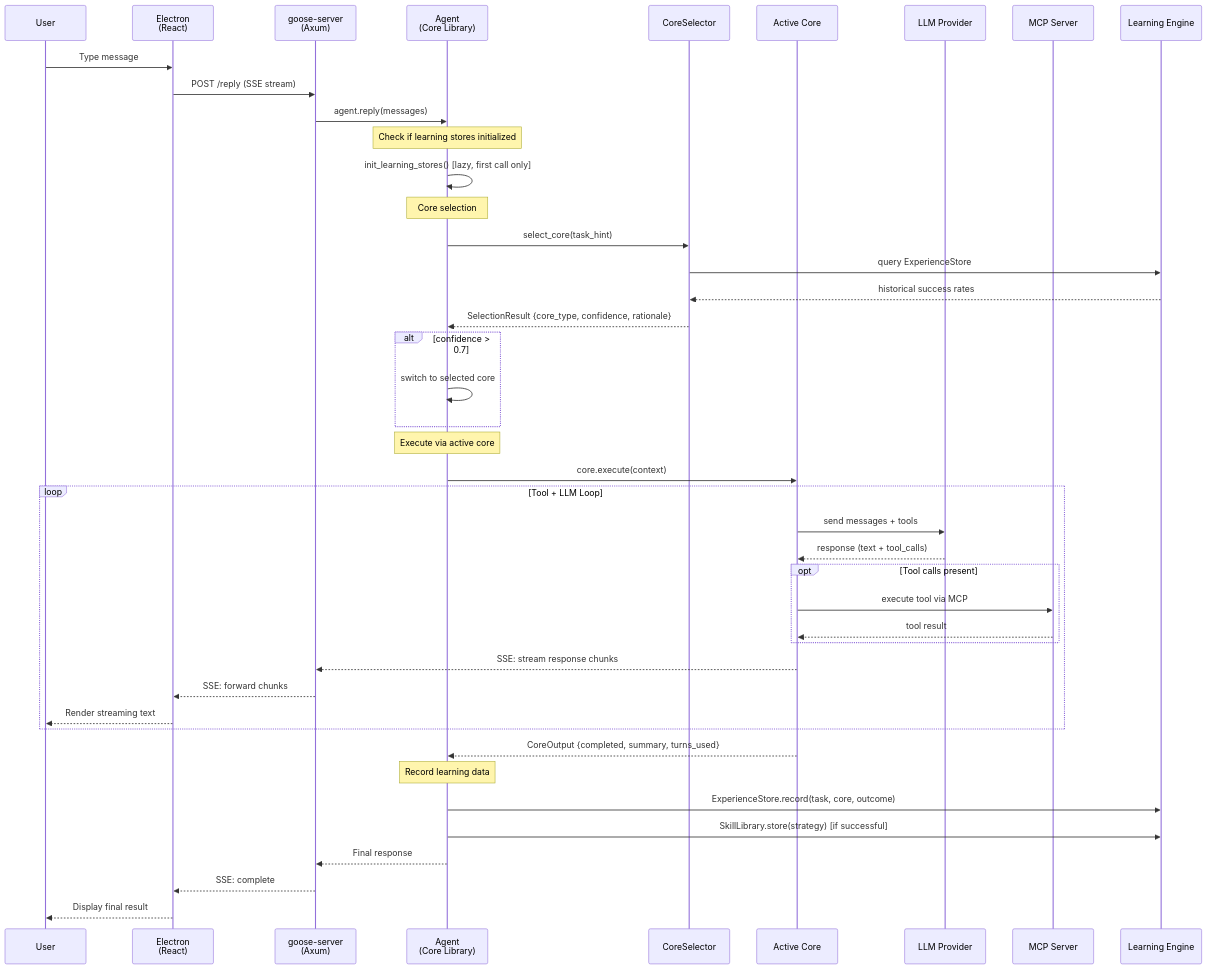
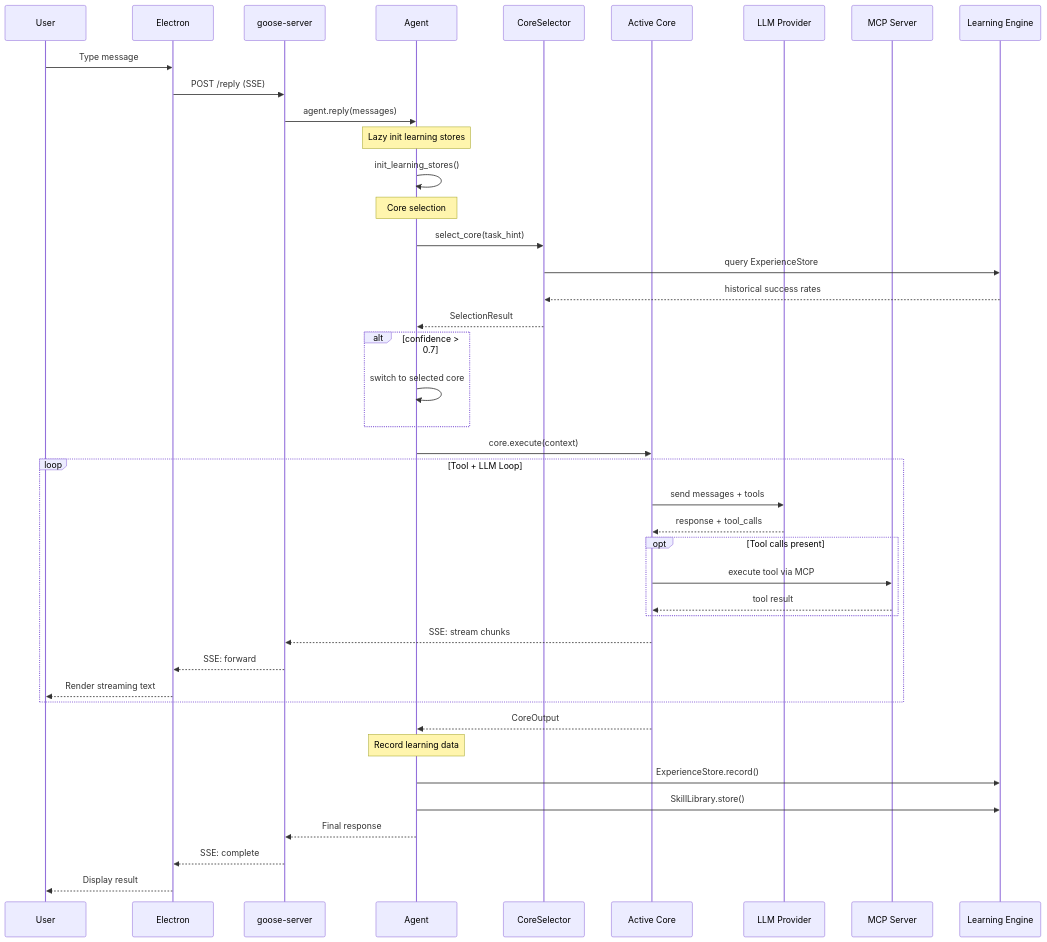
The tenth of 10 diagrams in docs/ARCHITECTURE.md (Ghenghis/Super-Goose), drawn with Mermaid before and after one commit. The commit also changed other lines of this file and 317 other files, not shown here.

````diff
--- a/docs/ARCHITECTURE.md
+++ b/docs/ARCHITECTURE.md
@@ -818,57 +769,56 @@
 ```mermaid
 sequenceDiagram
     participant U as User
-    participant E as Electron<br/>(React)
-    participant S as goose-server<br/>(Axum)
-    participant A as Agent<br/>(Core Library)
+    participant E as Electron
+    participant S as goose-server
+    participant A as Agent
     participant CS as CoreSelector
     participant C as Active Core
     participant P as LLM Provider
     participant M as MCP Server
     participant L as Learning Engine
 
     U->>E: Type message
-    E->>S: POST /reply (SSE stream)
+    E->>S: POST /reply (SSE)
 
     S->>A: agent.reply(messages)
 
-    Note over A: Check if learning stores initialized
-    A->>A: init_learning_stores() [lazy, first call only]
+    Note over A: Lazy init learning stores
+    A->>A: init_learning_stores()
 
     Note over A: Core selection
     A->>CS: select_core(task_hint)
     CS->>L: query ExperienceStore
     L-->>CS: historical success rates
-    CS-->>A: SelectionResult {core_type, confidence, rationale}
+    CS-->>A: SelectionResult
 
     alt confidence > 0.7
         A->>A: switch to selected core
     end
 
-    Note over A: Execute via active core
     A->>C: core.execute(context)
 
     loop Tool + LLM Loop
         C->>P: send messages + tools
-        P-->>C: response (text + tool_calls)
+        P-->>C: response + tool_calls
 
         opt Tool calls present
             C->>M: execute tool via MCP
             M-->>C: tool result
         end
 
-        C-->>S: SSE: stream response chunks
-        S-->>E: SSE: forward chunks
+        C-->>S: SSE: stream chunks
+        S-->>E: SSE: forward
         E-->>U: Render streaming text
     end
 
-    C-->>A: CoreOutput {completed, summary, turns_used}
+    C-->>A: CoreOutput
 
     Note over A: Record learning data
-    A->>L: ExperienceStore.record(task, core, outcome)
-    A->>L: SkillLibrary.store(strategy) [if successful]
+    A->>L: ExperienceStore.record()
+    A->>L: SkillLibrary.store()
 
     A-->>S: Final response
     S-->>E: SSE: complete
-    E-->>U: Display final result
+    E-->>U: Display result
 ```
````
